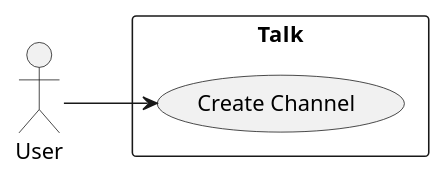
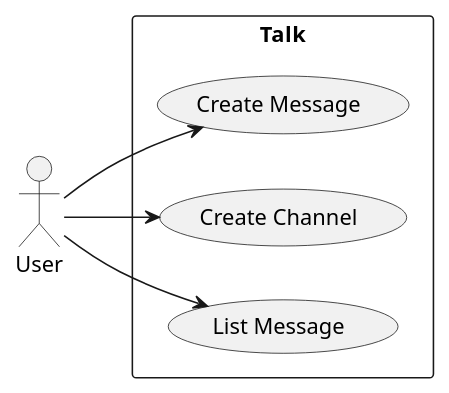
Before and after one commit to rodrigoprestesmachado/talk: the diagram in docs/usecases/useCases.puml, drawn with PlantUML. The commit also changed 12 other files, not shown here.

Commit message:
Create a message #2

```diff
--- a/docs/usecases/useCases.puml
+++ b/docs/usecases/useCases.puml
@@ -1,13 +1,15 @@
 @startuml
 left to right direction
 
 actor "User" as user
 
 rectangle Talk {
     usecase "Create Message" as UC1
-    usecase "Create Channel" as UC1
+    usecase "Create Channel" as UC2
+    usecase "List Message" as UC3
 }
 
 user -->  UC1
-
+user -->  UC2
+user -->  UC3
 @enduml
```
